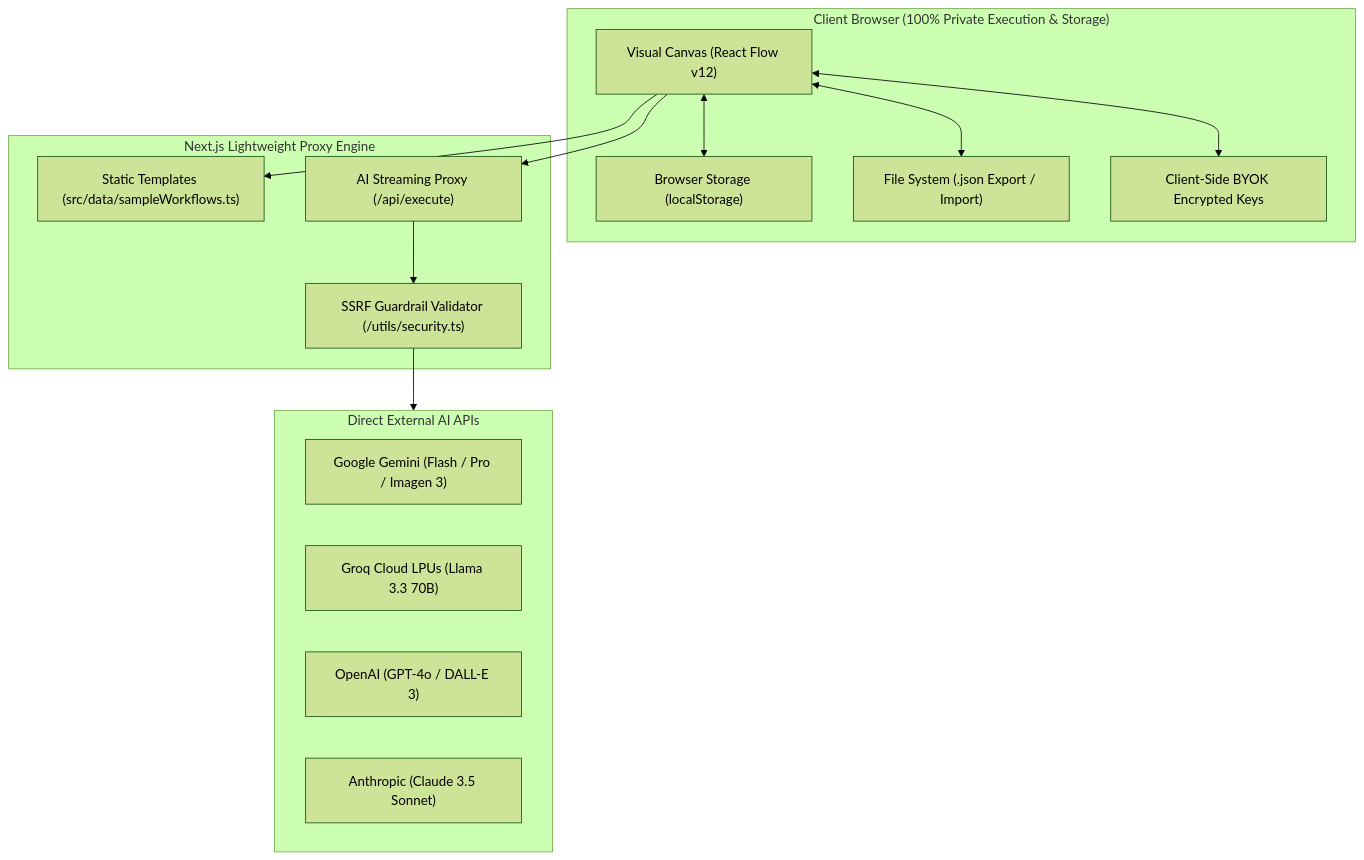
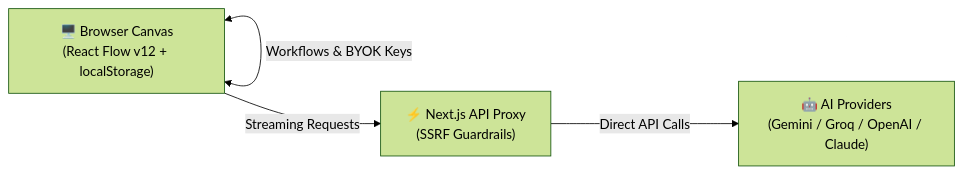
The diagram in README.md (RaadDev/-AI-), drawn with Mermaid (forest theme) before and after one commit. The commit also changed other lines of this file, not shown here.

Commit message:
docs: finalize open-source README & architecture showcase

````diff
--- a/README.md
+++ b/README.md
@@ -121,31 +78,10 @@
 ```mermaid
-graph TD
-    subgraph Browser ["Client Browser (100% Private Execution & Storage)"]
-        UI["Visual Canvas (React Flow v12)"]
-        Storage["Browser Storage (localStorage)"]
-        Exporter["File System (.json Export / Import)"]
-        Keys["Client-Side BYOK Encrypted Keys"]
-        
-        UI <--> Storage
-        UI <--> Exporter
-        UI <--> Keys
-    end
+graph LR
+    Browser["🖥️ Browser Canvas\n(React Flow v12 + localStorage)"]
+    Proxy["⚡ Next.js API Proxy\n(SSRF Guardrails)"]
+    Providers["🤖 AI Providers\n(Gemini / Groq / OpenAI / Claude)"]
 
-    subgraph Server ["Next.js Lightweight Proxy Engine"]
-        StaticData["Static Templates (src/data/sampleWorkflows.ts)"]
-        ProxyRouter["AI Streaming Proxy (/api/execute)"]
-        SSRF["SSRF Guardrail Validator (/utils/security.ts)"]
-    end
-
-    subgraph Providers ["Direct External AI APIs"]
-        Gemini["Google Gemini (Flash / Pro / Imagen 3)"]
-        Groq["Groq Cloud LPUs (Llama 3.3 70B)"]
-        OpenAI["OpenAI (GPT-4o / DALL-E 3)"]
-        Anthropic["Anthropic (Claude 3.5 Sonnet)"]
-    end
-
-    UI --> ProxyRouter
-    ProxyRouter --> SSRF
-    SSRF --> Providers
-    UI --> StaticData
+    Browser <--> |Workflows & BYOK Keys| Browser
+    Browser --> |Streaming Requests| Proxy
+    Proxy --> |Direct API Calls| Providers
 ```
````
